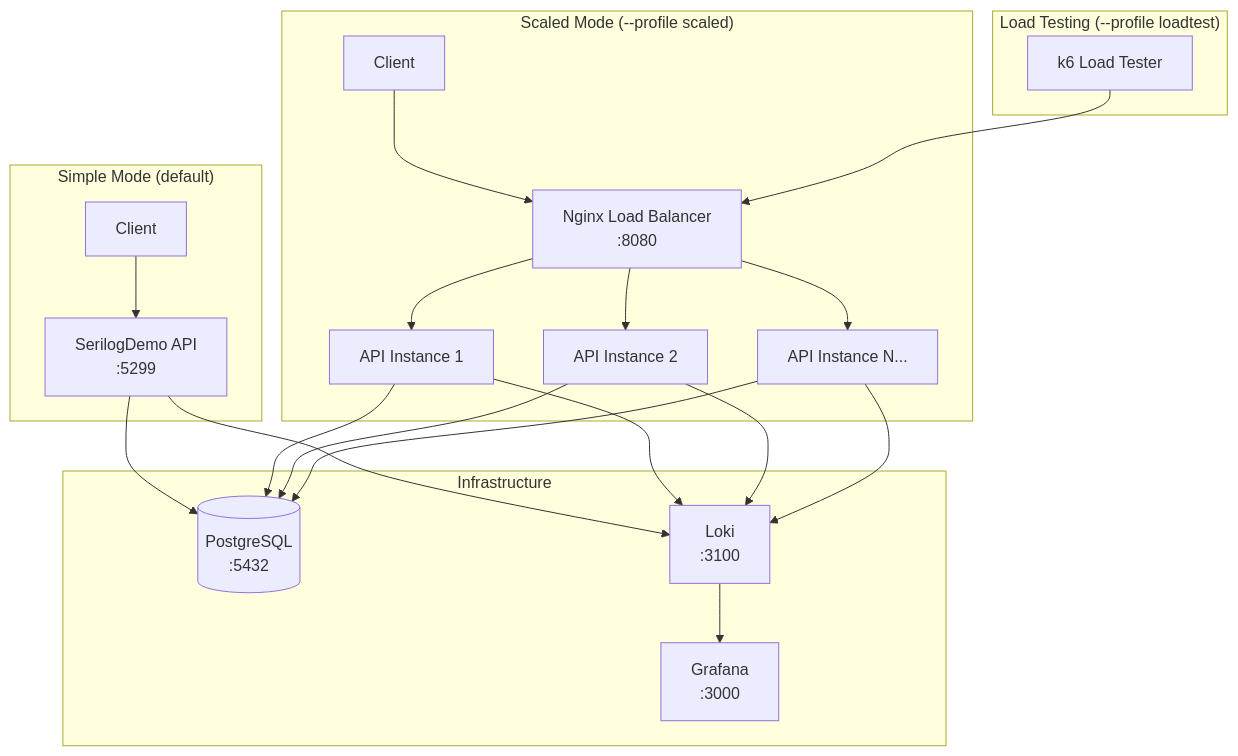
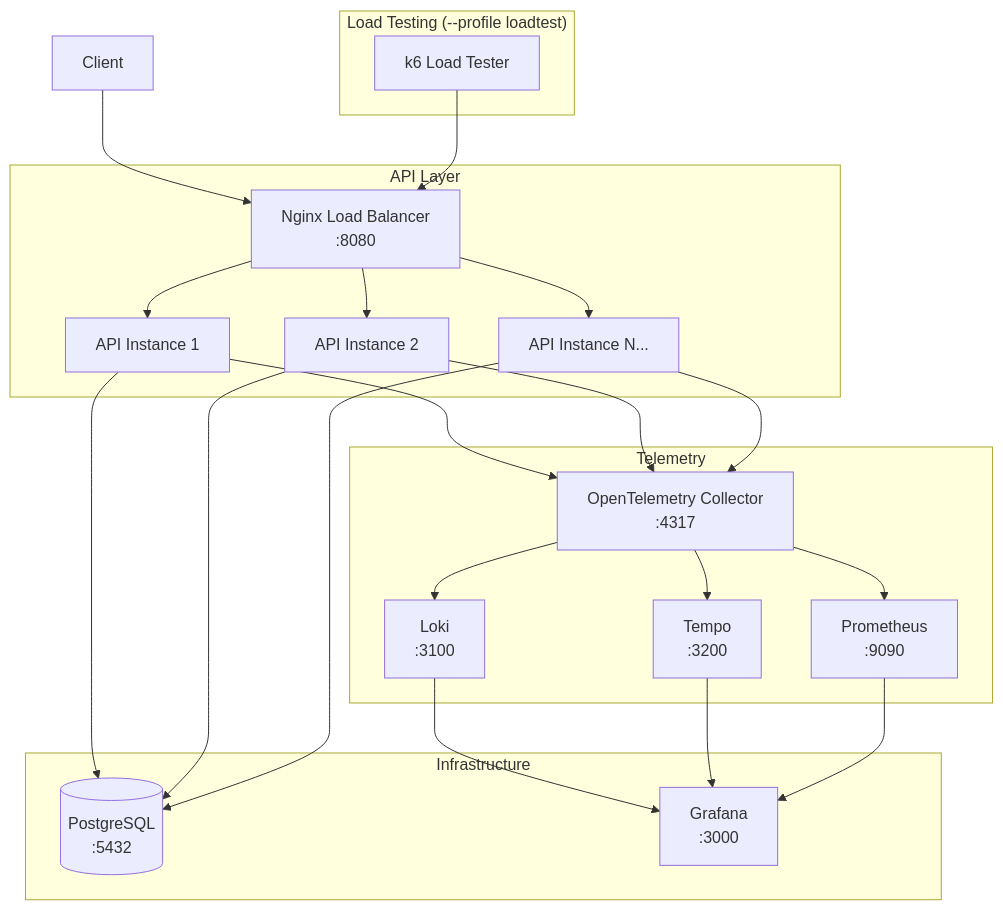
Before and after one commit to wichurax/SerilogDemo: the first of 2 diagrams in README.md, drawn with Mermaid. The commit also changed other lines of this file and 19 other files, not shown here.

First line of the commit message:
Refactor E-Commerce Demo to utilize OpenTelemetry for observability

````diff
--- a/README.md
+++ b/README.md
@@ -11,23 +11,26 @@
 ```mermaid
 flowchart TB
-    subgraph Simple["Simple Mode (default)"]
-        Client1[Client] --> API1[SerilogDemo API<br/>:5299]
+    Client[Client] --> LB[Nginx Load Balancer<br/>:8080]
+
+    subgraph ApiLayer["API Layer"]
+        LB --> API1[API Instance 1]
+        LB --> API2[API Instance 2]
+        LB --> API3[API Instance N...]
     end
     
-    subgraph Scaled["Scaled Mode (--profile scaled)"]
-        Client2[Client] --> LB[Nginx Load Balancer<br/>:8080]
-        LB --> API2[API Instance 1]
-        LB --> API3[API Instance 2]
-        LB --> API4[API Instance N...]
+    subgraph Telemetry
+      API1 & API2 & API3 --> OTel[OpenTelemetry Collector<br/>:4317]
+      OTel --> Loki[Loki<br/>:3100]
+      OTel --> Tempo[Tempo<br/>:3200]
+      OTel --> Prom[Prometheus<br/>:9090]
     end
-    
+
     subgraph Infrastructure
-        API1 & API2 & API3 & API4 --> PG[(PostgreSQL<br/>:5432)]
-        API1 & API2 & API3 & API4 --> Loki[Loki<br/>:3100]
-        Loki --> Grafana[Grafana<br/>:3000]
+        API1 & API2 & API3 --> PG[(PostgreSQL<br/>:5432)]
+      Loki & Tempo & Prom --> Grafana[Grafana<br/>:3000]
     end
     
     subgraph LoadTest["Load Testing (--profile loadtest)"]
         K6[k6 Load Tester] --> LB
     end
 ```
````
